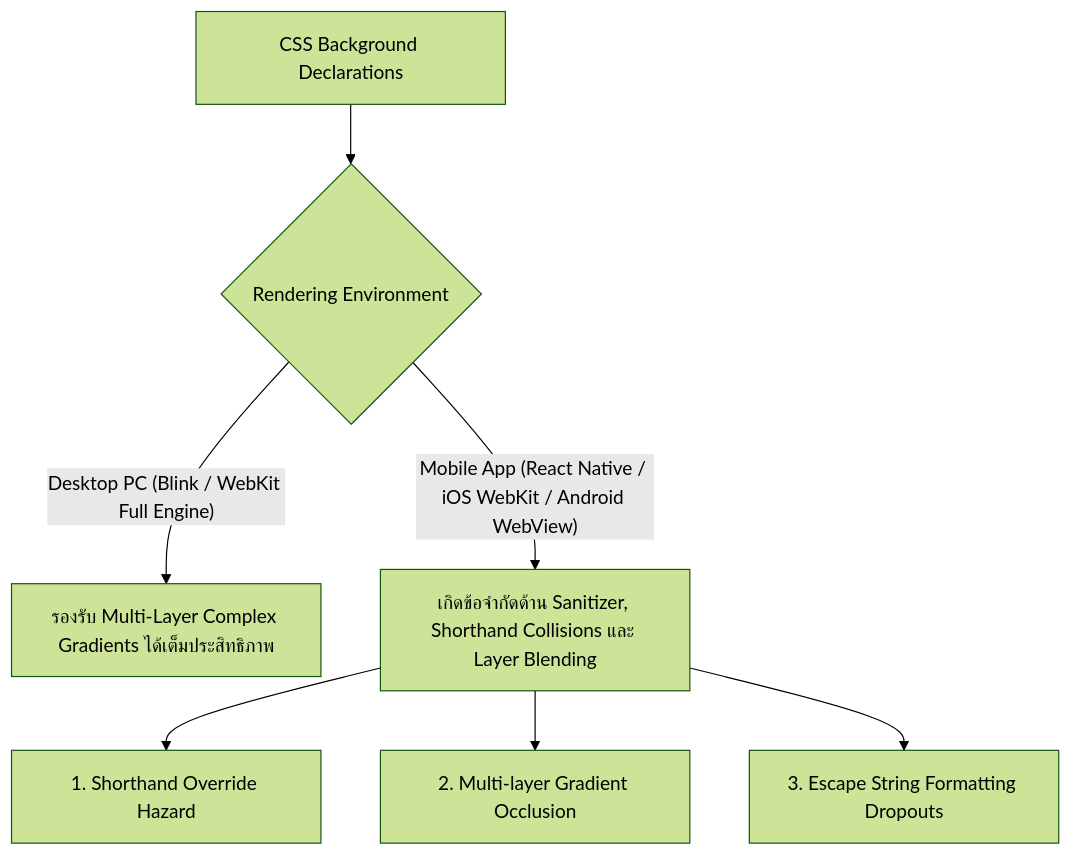
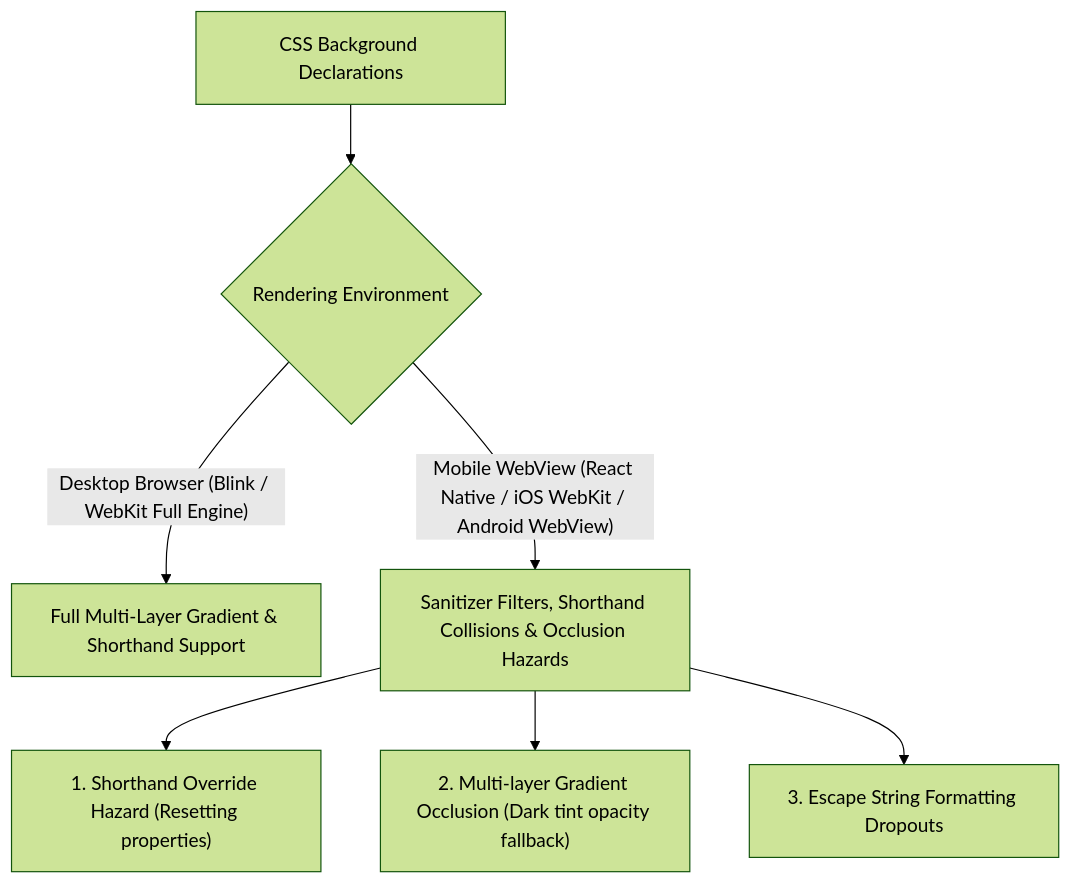
The first of 5 diagrams in RUBII_BACKGROUND_AND_BARS_ANALYSIS.md (jadesolju/Snippet-Studio), drawn with Mermaid (forest theme) before and after one commit. The commit also changed other lines of this file and 2 other files, not shown here.

Commit message:
docs: standardize all Mermaid diagrams to English with Thai workflow blockquotes and zero emojis

````diff
--- a/RUBII_BACKGROUND_AND_BARS_ANALYSIS.md
+++ b/RUBII_BACKGROUND_AND_BARS_ANALYSIS.md
@@ -19,9 +19,9 @@
 ```mermaid
-graph TD
+flowchart TD
     A["CSS Background Declarations"] --> B{"Rendering Environment"}
-    B -->|"Desktop PC (Blink / WebKit Full Engine)"| C["รองรับ Multi-Layer Complex Gradients ได้เต็มประสิทธิภาพ"]
-    B -->|"Mobile App (React Native / iOS WebKit / Android WebView)"| D["เกิดข้อจำกัดด้าน Sanitizer, Shorthand Collisions และ Layer Blending"]
-    D --> E["1. Shorthand Override Hazard"]
-    D --> F["2. Multi-layer Gradient Occlusion"]
+    B -->|"Desktop Browser (Blink / WebKit Full Engine)"| C["Full Multi-Layer Gradient & Shorthand Support"]
+    B -->|"Mobile WebView (React Native / iOS WebKit / Android WebView)"| D["Sanitizer Filters, Shorthand Collisions & Occlusion Hazards"]
+    D --> E["1. Shorthand Override Hazard (Resetting properties)"]
+    D --> F["2. Multi-layer Gradient Occlusion (Dark tint opacity fallback)"]
     D --> G["3. Escape String Formatting Dropouts"]
 ```
````
